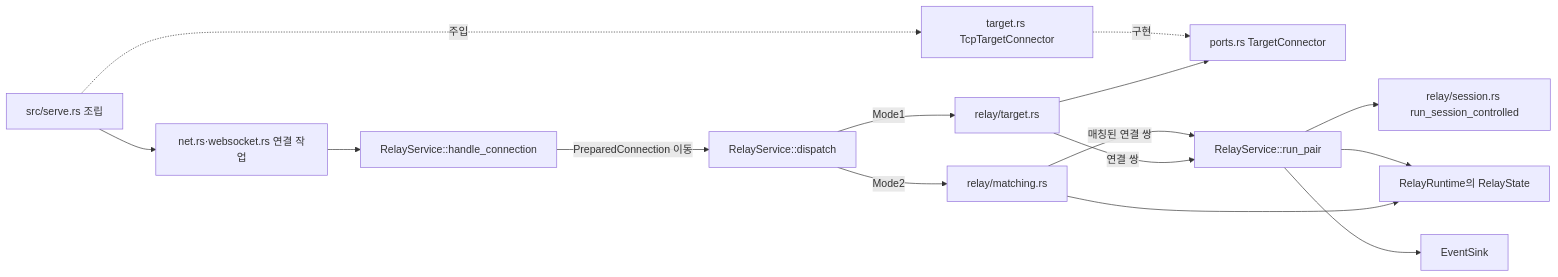
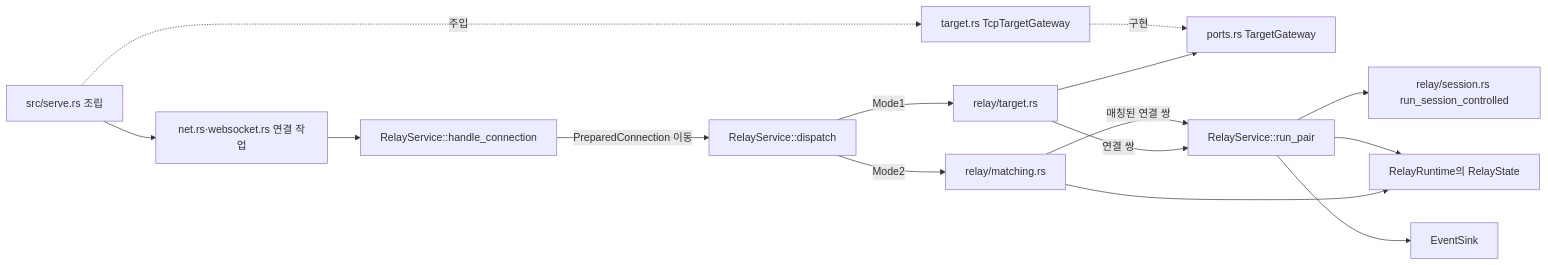
The diagram in docs/architectures/relay-session.md (kayden-kim/vnc-relay), drawn with Mermaid before and after one commit. The commit also changed other lines of this file and 59 other files, not shown here.

First line of the commit message:
refactor(ports): rename verb-named ports to the Gateway suffix

````diff
--- a/docs/architectures/relay-session.md
+++ b/docs/architectures/relay-session.md
@@ -39,17 +39,17 @@
 ```mermaid
 flowchart LR
     SERVE["src/serve.rs 조립"] --> ENTRY["net.rs·websocket.rs 연결 작업"]
     ENTRY --> HS["RelayService::handle_connection"]
     HS -->|"PreparedConnection 이동"| DISPATCH["RelayService::dispatch"]
     DISPATCH -->|"Mode1"| TARGET["relay/target.rs"]
     DISPATCH -->|"Mode2"| MATCH["relay/matching.rs"]
-    TARGET --> PORT["ports.rs TargetConnector"]
-    SERVE -.->|"주입"| ADAPTER["target.rs TcpTargetConnector"]
+    TARGET --> PORT["ports.rs TargetGateway"]
+    SERVE -.->|"주입"| ADAPTER["target.rs TcpTargetGateway"]
     ADAPTER -.->|"구현"| PORT
     TARGET -->|"연결 쌍"| PAIR["RelayService::run_pair"]
     MATCH -->|"매칭된 연결 쌍"| PAIR
     PAIR --> SESSION["relay/session.rs run_session_controlled"]
     MATCH --> STATE["RelayRuntime의 RelayState"]
     PAIR --> STATE
     PAIR --> LOG["EventSink"]
 ```
````
